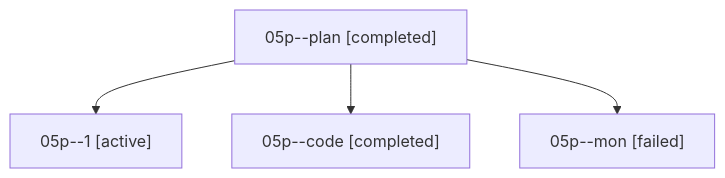
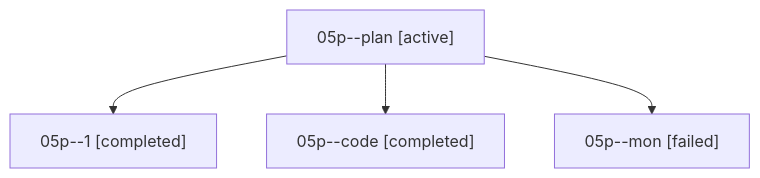
Before and after one commit to sase-org/sase--agents: the diagram in families/bbugyi200.athena.05p.md, drawn with Mermaid. The commit also changed other lines of this file and 35830 other files, not shown here.

````diff
--- a/families/bbugyi200.athena.05p.md
+++ b/families/bbugyi200.athena.05p.md
@@ -9,10 +9,10 @@
 ```mermaid
 flowchart TD
-  n0["05p--plan [completed]"]
-  n1["05p--1 [active]"]
+  n0["05p--plan [active]"]
+  n1["05p--1 [completed]"]
   n0 --> n1
   n2["05p--code [completed]"]
   n0 --> n2
   n3["05p--mon [failed]"]
   n0 --> n3
 ```
````
